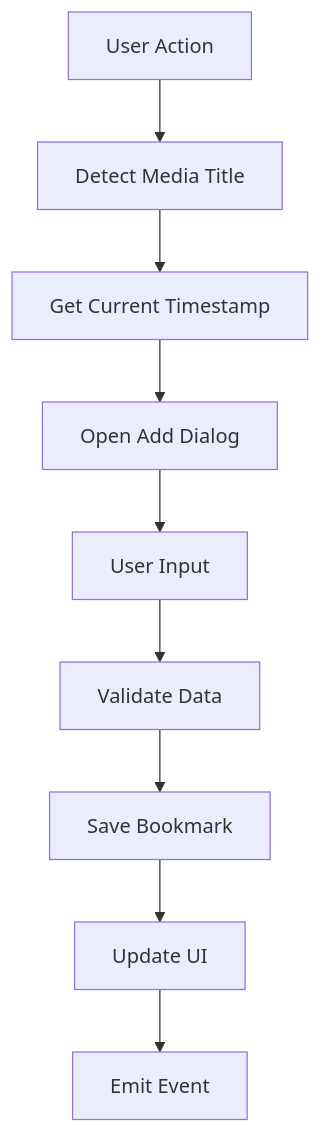
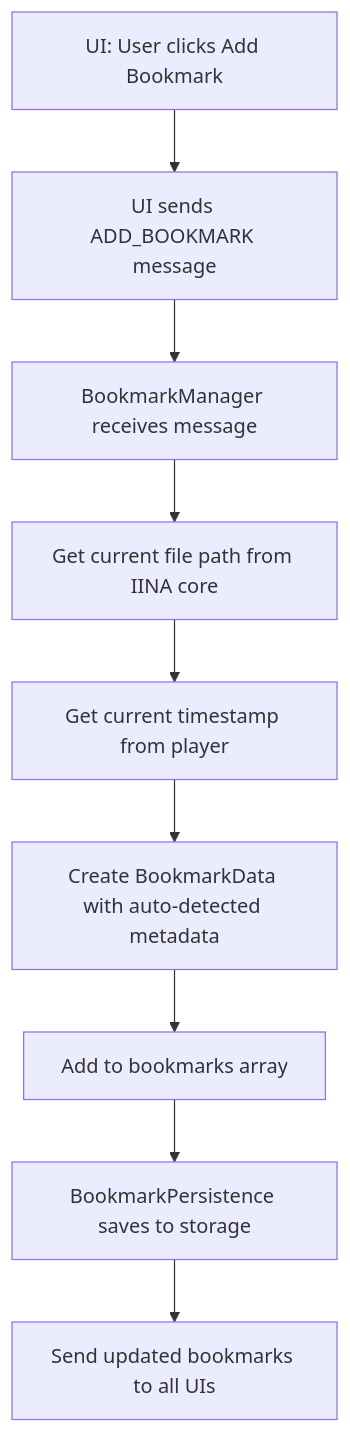
The first of 3 diagrams in docs/content/docs/development/architecture.mdx (wyattowalsh/iina-plugin-bookmarks), drawn with Mermaid before and after one commit. The commit also changed other lines of this file and 26 other files, not shown here.

````diff
--- a/docs/content/docs/development/architecture.mdx
+++ b/docs/content/docs/development/architecture.mdx
@@ -128,11 +199,11 @@
 ```mermaid
 graph TD
-    A[User Action] --> B[Detect Media Title]
-    B --> C[Get Current Timestamp]
-    C --> D[Open Add Dialog]
-    D --> E[User Input]
-    E --> F[Validate Data]
-    F --> G[Save Bookmark]
-    G --> H[Update UI]
-    H --> I[Emit Event]
+    A[UI: User clicks Add Bookmark] --> B[UI sends ADD_BOOKMARK message]
+    B --> C[BookmarkManager receives message]
+    C --> D[Get current file path from IINA core]
+    D --> E[Get current timestamp from player]
+    E --> F[Create BookmarkData with auto-detected metadata]
+    F --> G[Add to bookmarks array]
+    G --> H[BookmarkPersistence saves to storage]
+    H --> I[Send updated bookmarks to all UIs]
 ```
````
